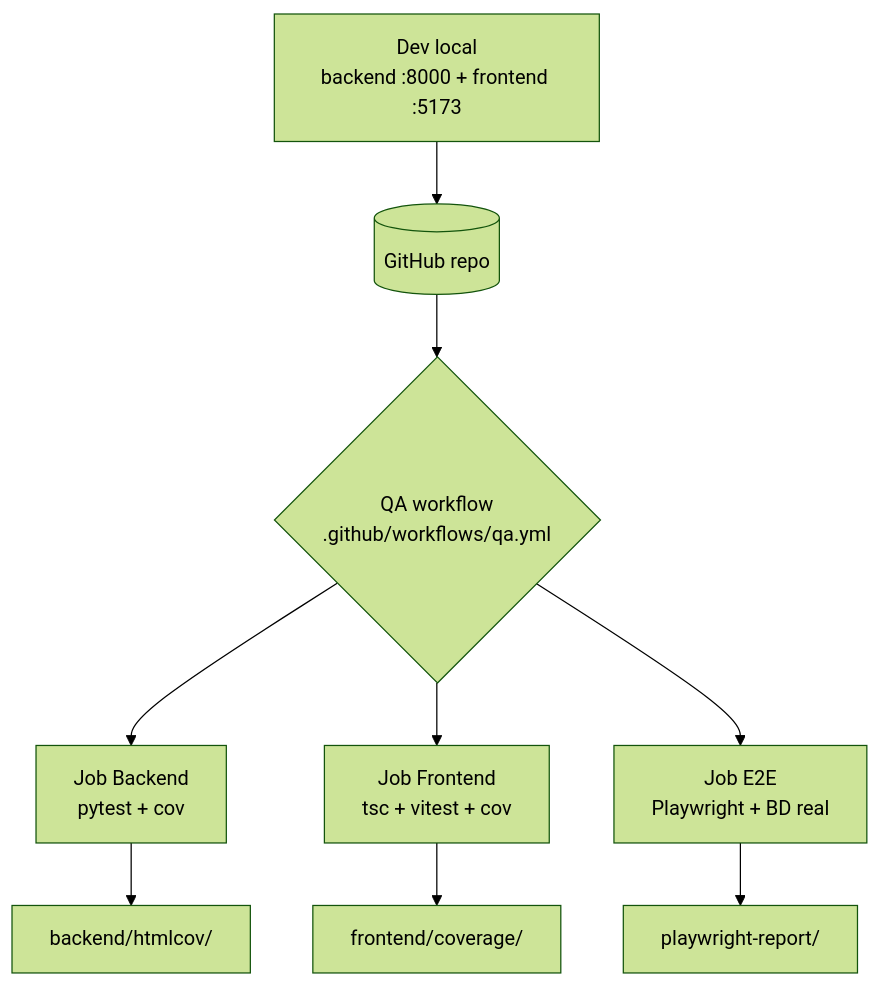
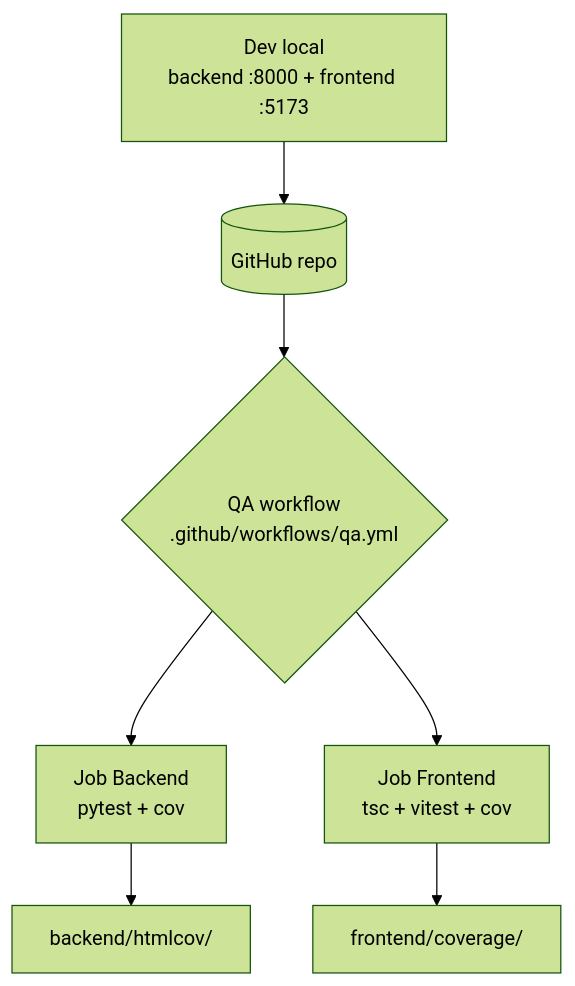
Before and after one commit to ahuaracab/agentic-qa-simpliroute: the first of 2 diagrams in .context/infrastructure/infrastructure.md, drawn with Mermaid (forest theme). The commit also changed other lines of this file and 3 other files, not shown here.

````diff
--- a/.context/infrastructure/infrastructure.md
+++ b/.context/infrastructure/infrastructure.md
@@ -7,11 +7,9 @@
 ```mermaid
 graph TB
     DEV[Dev local<br/>backend :8000 + frontend :5173] --> GIT[(GitHub repo)]
     GIT --> CI{QA workflow<br/>.github/workflows/qa.yml}
     CI --> B[Job Backend<br/>pytest + cov]
     CI --> F[Job Frontend<br/>tsc + vitest + cov]
-    CI --> E[Job E2E<br/>Playwright + BD real]
     B --> ART1[backend/htmlcov/]
     F --> ART2[frontend/coverage/]
-    E --> ART3[playwright-report/]
 ```
````
